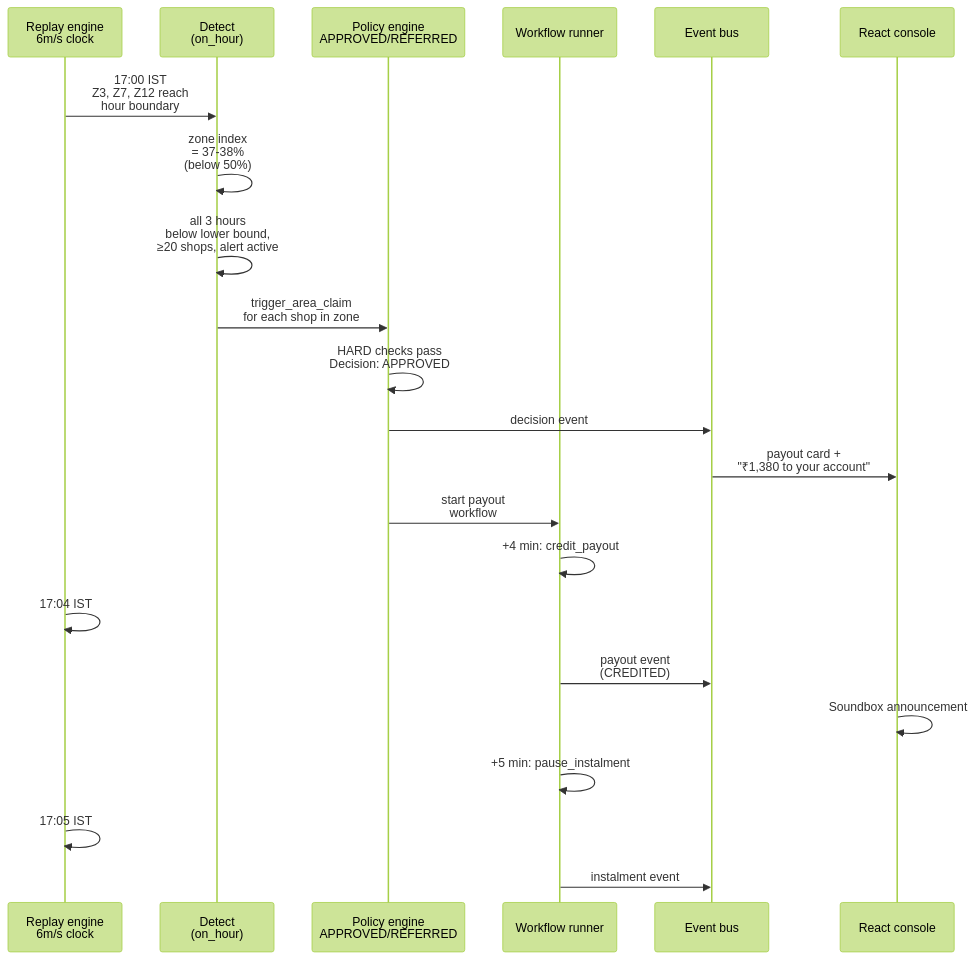
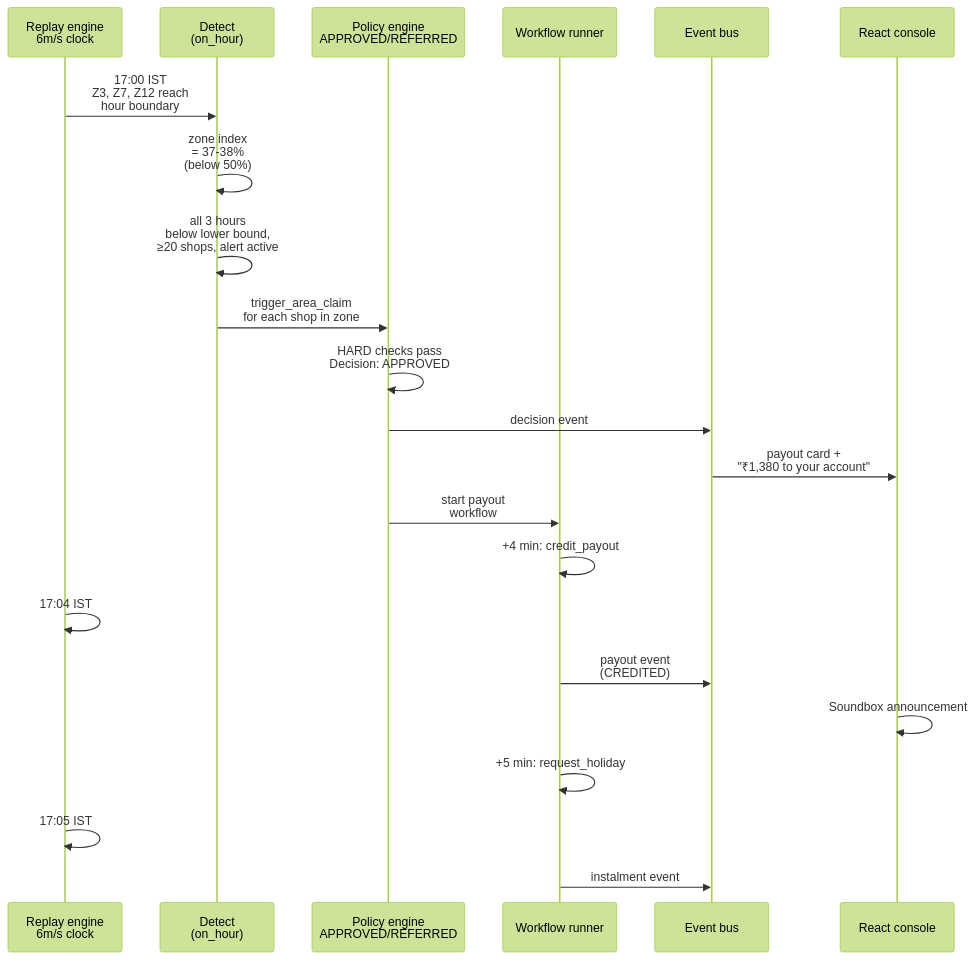
The second of 4 diagrams in docs/04-engineering/system-architecture.md (UjjwalPardeshi/Chhatri), drawn with Mermaid (forest theme) before and after one commit. The commit also changed other lines of this file and 55 other files, not shown here.

````diff
--- a/docs/04-engineering/system-architecture.md
+++ b/docs/04-engineering/system-architecture.md
@@ -273,25 +168,25 @@
 ```mermaid
 sequenceDiagram
     participant Replay as Replay engine<br/>6m/s clock
     participant Detect as Detect<br/>(on_hour)
     participant Engine as Policy engine<br/>APPROVED/REFERRED
     participant Workflow as Workflow runner
     participant SSE as Event bus
     participant Console as React console
     
     Replay ->> Detect: 17:00 IST<br/>Z3, Z7, Z12 reach<br/>hour boundary
     Detect ->> Detect: zone index<br/>= 37-38%<br/>(below 50%)
     Detect ->> Detect: all 3 hours<br/>below lower bound,<br/>≥20 shops, alert active
     Detect ->> Engine: trigger_area_claim<br/>for each shop in zone
     Engine ->> Engine: HARD checks pass<br/>Decision: APPROVED
     Engine ->> SSE: decision event
     SSE ->> Console: payout card +<br/>"₹1,380 to your account"
     Engine ->> Workflow: start payout<br/>workflow
     Workflow ->> Workflow: +4 min: credit_payout
     Replay ->> Replay: 17:04 IST
     Workflow ->> SSE: payout event<br/>(CREDITED)
     Console ->> Console: Soundbox announcement
-    Workflow ->> Workflow: +5 min: pause_instalment
+    Workflow ->> Workflow: +5 min: request_holiday
     Replay ->> Replay: 17:05 IST
     Workflow ->> SSE: instalment event
 ```
````
